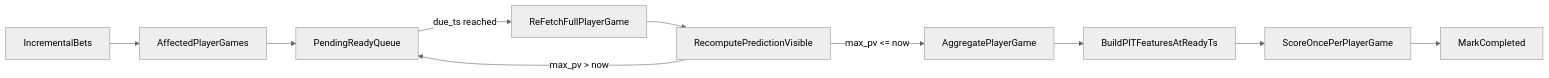
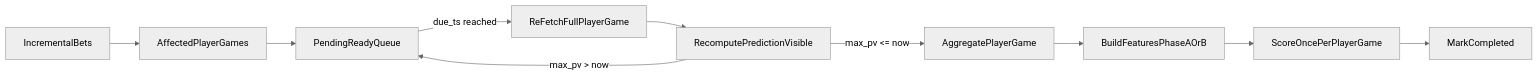
One commit to comsaint/Patron_Walkaway changed the third of 3 diagrams in trainer_hightier/doc/implementation/active/Player-Game Grain - IMPLEMENTATION_PLAN.md. Above: the diagram before and after it, drawn with Mermaid (neutral theme). The commit also changed other lines of this file and 1 other file, not shown here.

````diff
--- a/trainer_hightier/doc/implementation/active/Player-Game Grain - IMPLEMENTATION_PLAN.md
+++ b/trainer_hightier/doc/implementation/active/Player-Game Grain - IMPLEMENTATION_PLAN.md
@@ -105,12 +128,12 @@
 ```mermaid
 flowchart LR
   fetchBets[IncrementalBets] --> keys[AffectedPlayerGames]
   keys --> pending[PendingReadyQueue]
   pending -->|"due_ts reached"| refetch[ReFetchFullPlayerGame]
   refetch --> recompute[RecomputePredictionVisible]
   recompute -->|"max_pv > now"| pending
   recompute -->|"max_pv <= now"| aggregate[AggregatePlayerGame]
-  aggregate --> features[BuildPITFeaturesAtReadyTs]
+  aggregate --> features[BuildFeaturesPhaseAOrB]
   features --> score[ScoreOncePerPlayerGame]
   score --> completed[MarkCompleted]
 ```
````
